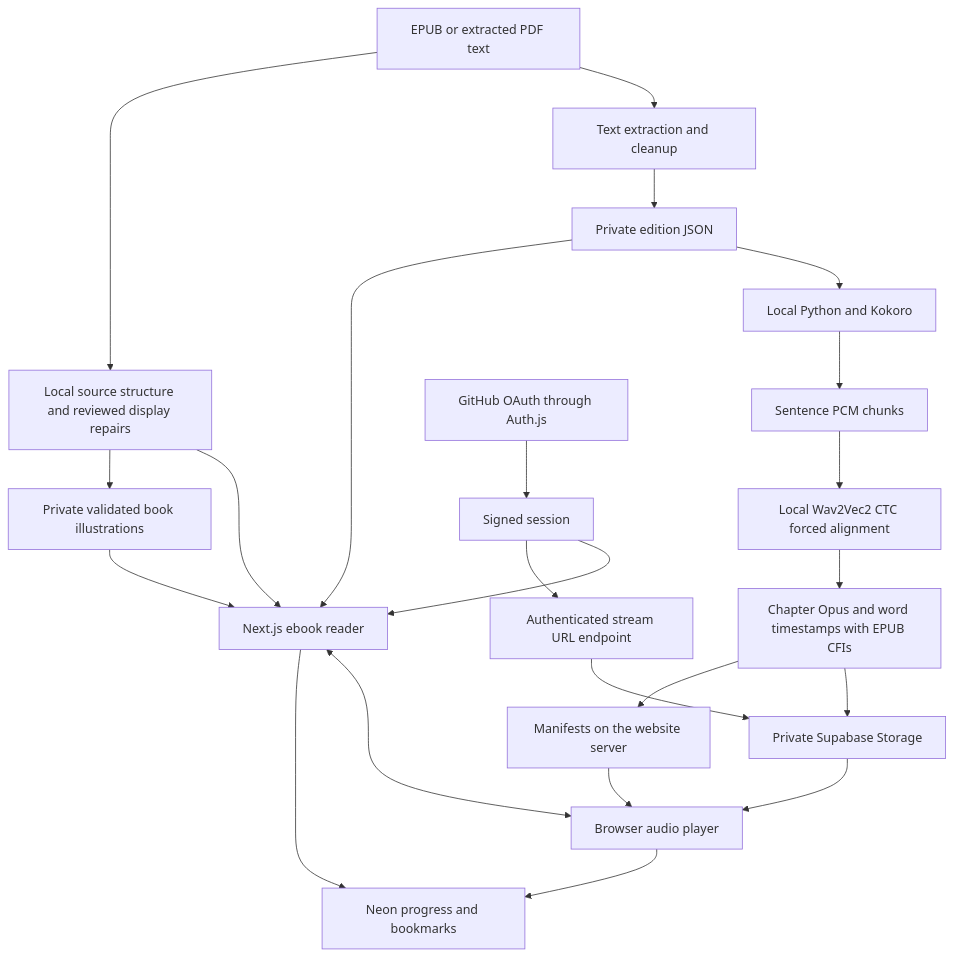
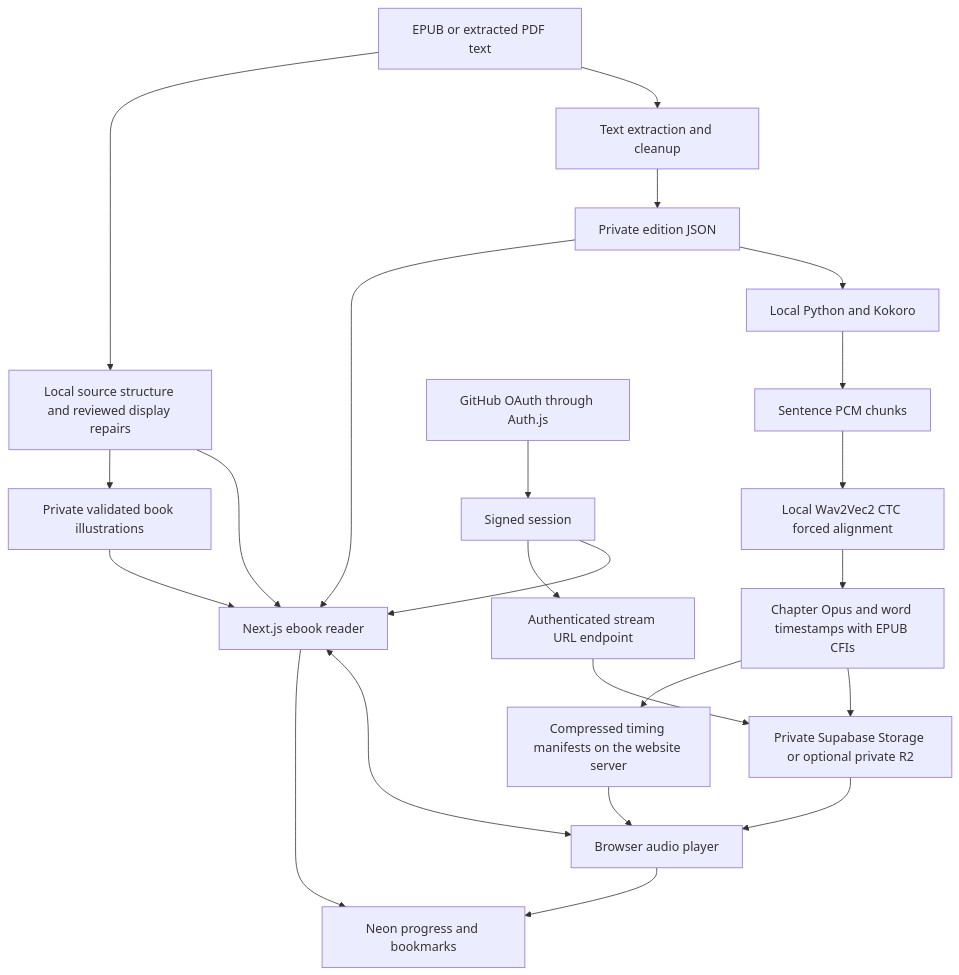
The diagram in docs/ARCHITECTURE.md (holsoma/readlay), drawn with Mermaid before and after one commit. The commit also changed other lines of this file and 35 other files, not shown here.

````diff
--- a/docs/ARCHITECTURE.md
+++ b/docs/ARCHITECTURE.md
@@ -3,25 +3,25 @@
 ```mermaid
 flowchart TD
   EPUB[EPUB or extracted PDF text] --> Extract[Text extraction and cleanup]
   Extract --> Text[Private edition JSON]
   Text --> Kokoro[Local Python and Kokoro]
   Kokoro --> Sentences[Sentence PCM chunks]
   Sentences --> Align[Local Wav2Vec2 CTC forced alignment]
   Align --> Chapters[Chapter Opus and word timestamps with EPUB CFIs]
-  Chapters --> Storage[Private Supabase Storage]
-  Chapters --> Manifests[Manifests on the website server]
+  Chapters --> Storage[Private Supabase Storage or optional private R2]
+  Chapters --> Manifests[Compressed timing manifests on the website server]
   Storage --> Player[Browser audio player]
   Manifests --> Player
   Text --> Reader[Next.js ebook reader]
   EPUB --> Presentation[Local source structure and reviewed display repairs]
   Presentation --> Reader
   Presentation --> Images[Private validated book illustrations]
   Images --> Reader
   Reader <--> Player
   GitHub[GitHub OAuth through Auth.js] --> Session[Signed session]
   Session --> Reader
   Session --> Stream[Authenticated stream URL endpoint]
   Stream --> Storage
   Reader --> Progress[Neon progress and bookmarks]
   Player --> Progress
 ```
````
